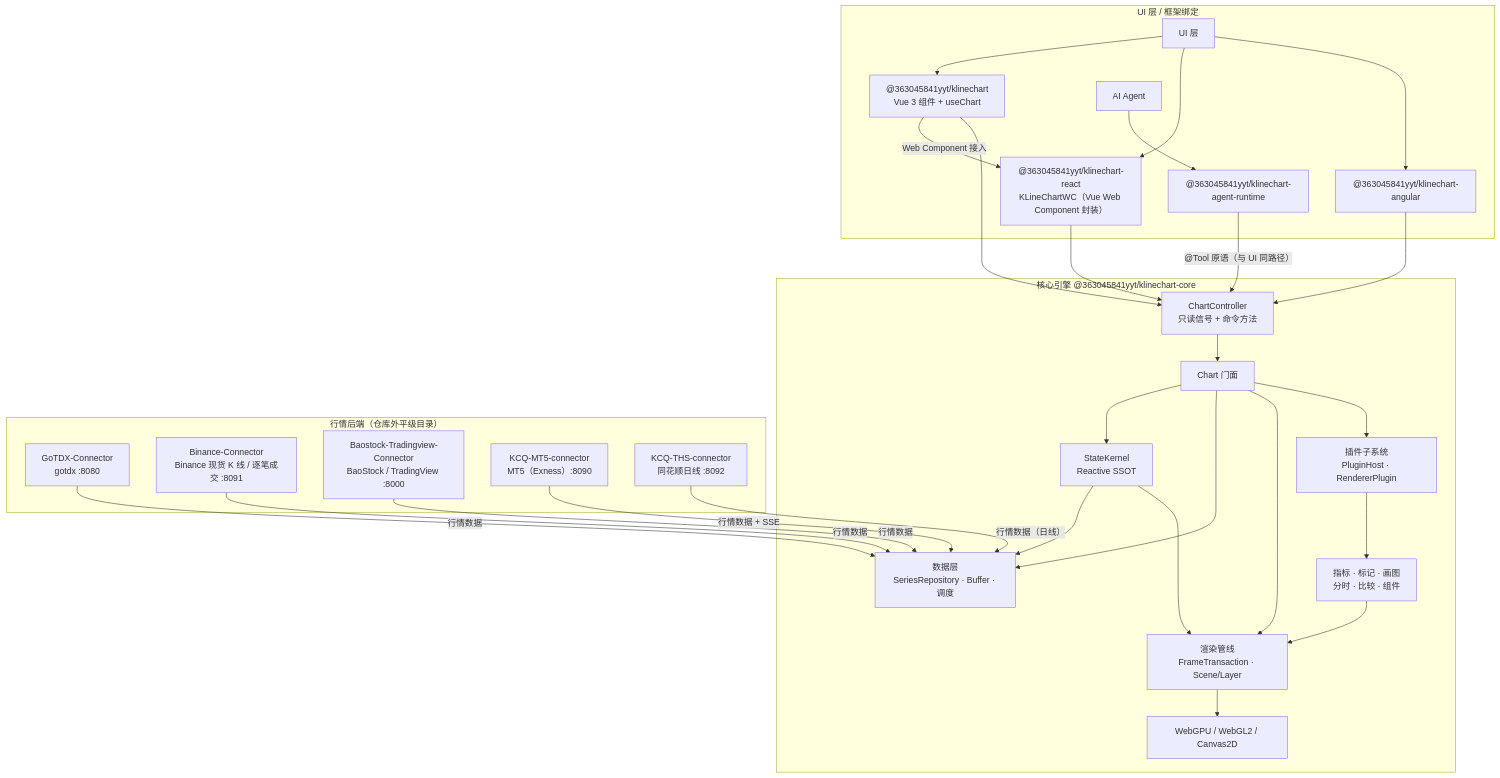
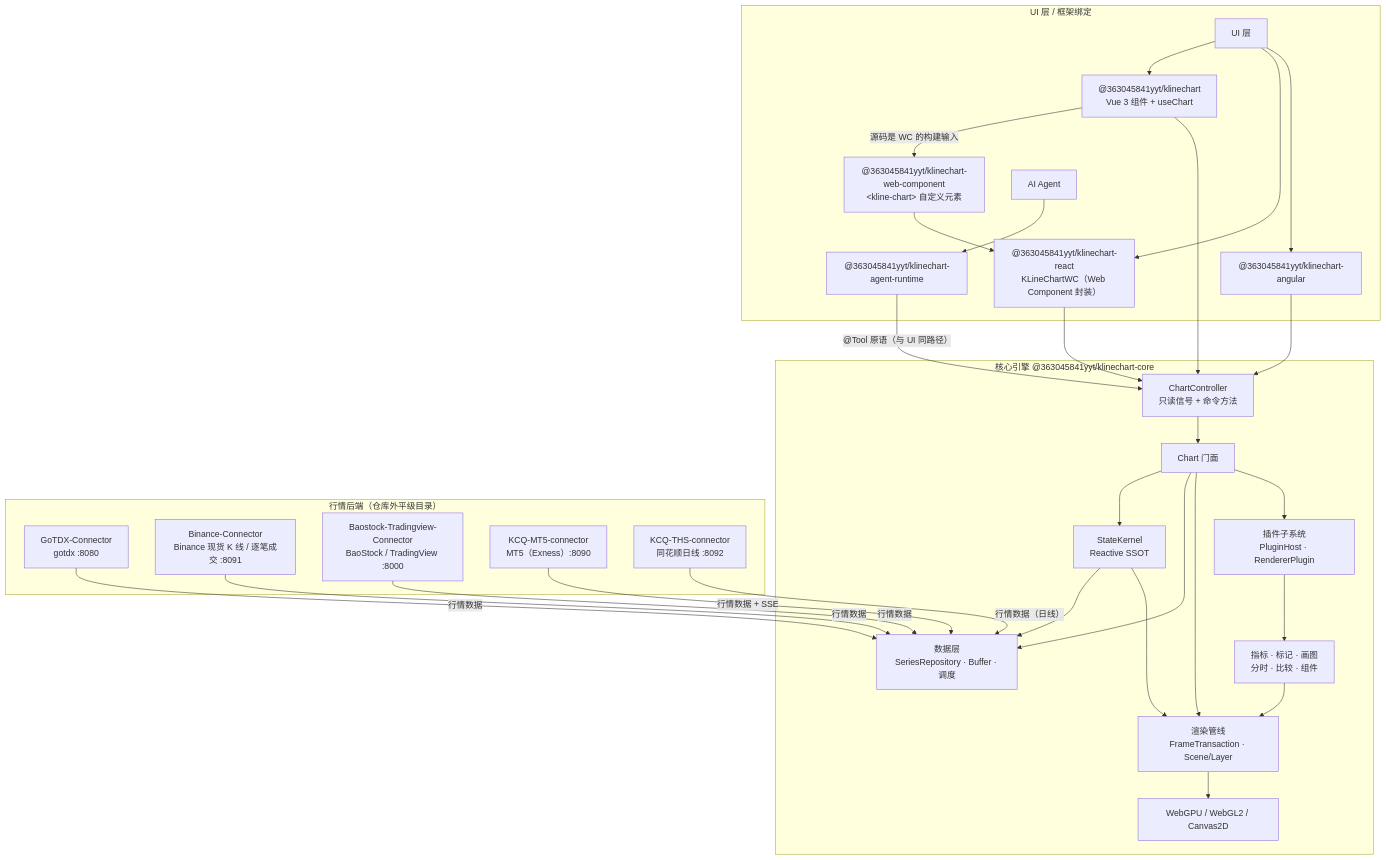
The diagram in docs/architecture/architecture.md (363045841/KLineChartQuant), drawn with Mermaid before and after one commit. The commit also changed other lines of this file and 76 other files, not shown here.

Commit message:
feat(release)!: 拆分 Web Component 与编辑器页并发布 alpha.10

````diff
--- a/docs/architecture/architecture.md
+++ b/docs/architecture/architecture.md
@@ -20,55 +20,57 @@
 ```mermaid
 flowchart TB
     subgraph app["UI 层 / 框架绑定"]
         UI["UI 层"]
         VuePkg["@363045841yyt/klinechart<br/>Vue 3 组件 + useChart"]
-        ReactPkg["@363045841yyt/klinechart-react<br/>KLineChartWC（Vue Web Component 封装）"]
+        WCPkg["@363045841yyt/klinechart-web-component<br/>&lt;kline-chart&gt; 自定义元素"]
+        ReactPkg["@363045841yyt/klinechart-react<br/>KLineChartWC（Web Component 封装）"]
         AngularPkg["@363045841yyt/klinechart-angular"]
         Agent["AI Agent"]
         AgentRt["@363045841yyt/klinechart-agent-runtime"]
     end
 
     subgraph core["核心引擎 @363045841yyt/klinechart-core"]
         Ctl["ChartController<br/>只读信号 + 命令方法"]
         Chart["Chart 门面"]
         Kernel["StateKernel<br/>Reactive SSOT"]
         Data["数据层<br/>SeriesRepository · Buffer · 调度"]
         Pipe["渲染管线<br/>FrameTransaction · Scene/Layer"]
         GPU["WebGPU / WebGL2 / Canvas2D"]
         Plugin["插件子系统<br/>PluginHost · RendererPlugin"]
         Biz["指标 · 标记 · 画图<br/>分时 · 比较 · 组件"]
     end
 
     subgraph conn["行情后端（仓库外平级目录）"]
         Go["GoTDX-Connector<br/>gotdx :8080"]
         Bn["Binance-Connector<br/>Binance 现货 K 线 / 逐笔成交 :8091"]
         Bs["Baostock-Tradingview-Connector<br/>BaoStock / TradingView :8000"]
         Mt["KCQ-MT5-connector<br/>MT5（Exness）:8090"]
         Th["KCQ-THS-connector<br/>同花顺日线 :8092"]
     end
 
     UI --> VuePkg
     UI --> ReactPkg
     UI --> AngularPkg
-    VuePkg -->|"Web Component 接入"| ReactPkg
+    VuePkg -->|"源码是 WC 的构建输入"| WCPkg
+    WCPkg --> ReactPkg
     Agent --> AgentRt
     VuePkg --> Ctl
     ReactPkg --> Ctl
     AngularPkg --> Ctl
     AgentRt -->|"@Tool 原语（与 UI 同路径）"| Ctl
     Ctl --> Chart
     Chart --> Kernel
     Chart --> Data
     Chart --> Pipe
     Chart --> Plugin
     Plugin --> Biz
     Biz --> Pipe
     Pipe --> GPU
     Go -->|行情数据| Data
     Bn -->|行情数据| Data
     Bs -->|行情数据| Data
     Mt -->|"行情数据 + SSE"| Data
     Th -->|"行情数据（日线）"| Data
     Kernel --> Data
     Kernel --> Pipe
 ```
````
